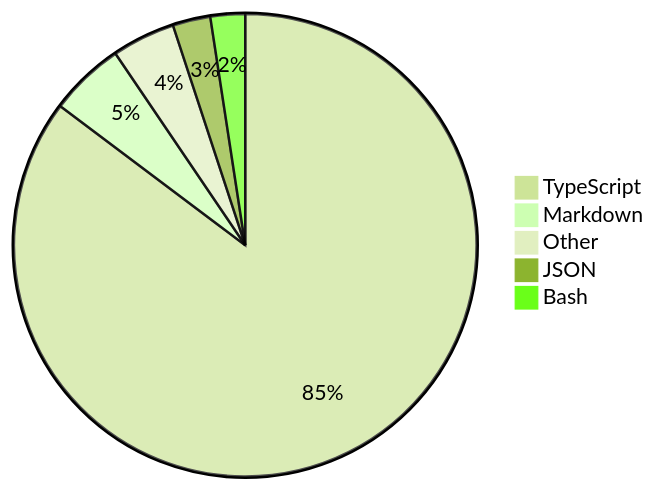
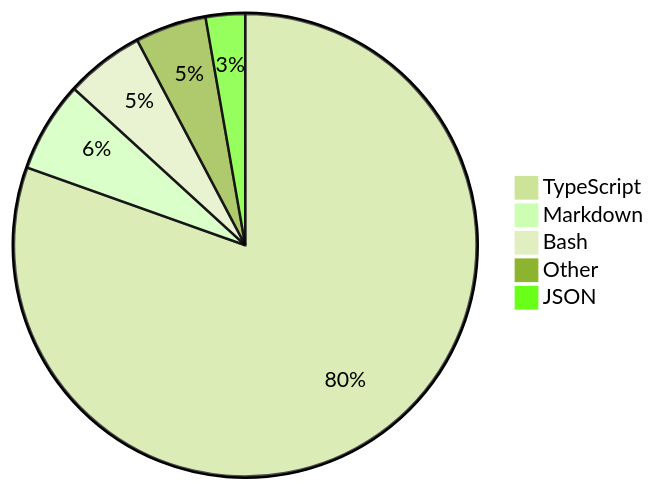
The diagram in README.md (skvggor/skvggor), drawn with Mermaid (forest theme) before and after one commit.

Commit message:
Updated waka-readme graph with new metrics

````diff
--- a/README.md
+++ b/README.md
@@ -16,8 +16,8 @@
 ```mermaid
 pie
-    "TypeScript" : 81.0
-    "Markdown" : 5.0
-    "Other" : 4.2
-    "JSON" : 2.5
-    "Bash" : 2.3
+    "TypeScript" : 76.1
+    "Markdown" : 6.0
+    "Bash" : 5.2
+    "Other" : 4.7
+    "JSON" : 2.6
 ```
````
